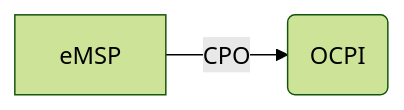
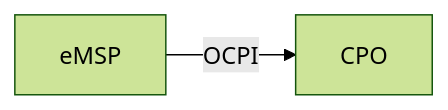
The diagram in docs/topology/02-peer-to-peer.md (aasanchez/ev-protocols), drawn with Mermaid (forest theme) before and after one commit. The commit also changed other lines of this file and 2 other files, not shown here.

Commit message:
Adding charts

````diff
--- a/docs/topology/02-peer-to-peer.md
+++ b/docs/topology/02-peer-to-peer.md
@@ -38,4 +10,4 @@
 ```mermaid
 graph LR
-    A[eMSP] -->|CPO| B(OCPI)
+    A[eMSP] --OCPI--> B[CPO]
 ```
````
